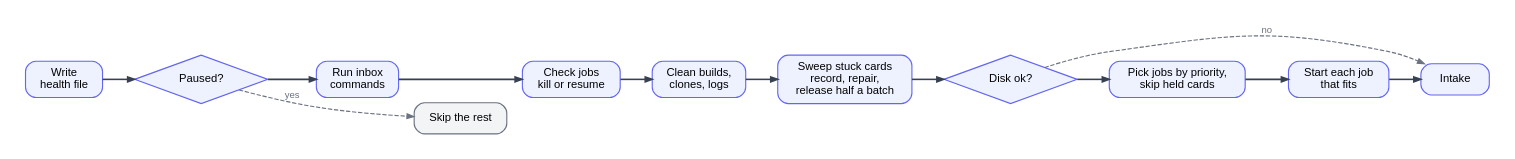
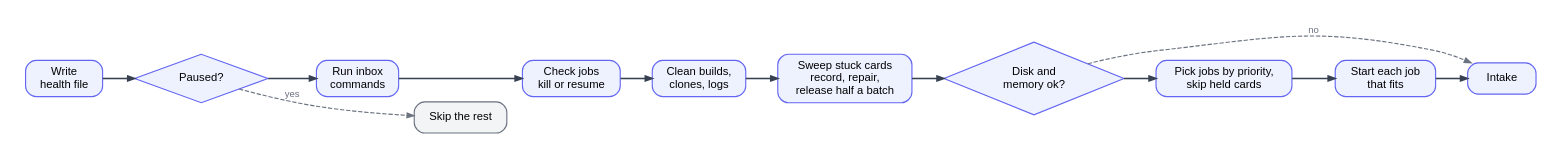
Before and after one commit to ROAM-game-org/road-machiners: the diagram in factory/docs/diagrams/tick.dot, drawn with Graphviz. The commit also changed 10 other files, not shown here.

First line of the commit message:
The tick starts no job while available memory is under FACTORY_MIN_AVAILABLE_GB, and provision keeps the journal on disk (#1204)

```diff
--- a/factory/docs/diagrams/tick.dot
+++ b/factory/docs/diagrams/tick.dot
@@ -1,15 +1,15 @@
 // One tick. Black: normal path. Grey: the tick skips steps. Intake runs last, so its failure never holds back a job.
 // The stuck sweep runs on the board the tick read, and its crash never holds back the jobs.
 digraph tick {
   rankdir=LR; nodesep=0.3; ranksep=0.5; bgcolor=white; pad=0.3;
   node [shape=box, style="rounded,filled", fillcolor="#eef2ff", color="#6366f1", fontname="Helvetica", fontsize=13, margin="0.15,0.1", penwidth=1.3, width=1.1];
   edge [color="#374151", penwidth=1.8, arrowsize=0.8, fontname="Helvetica", fontsize=11];
   H [label="Write\nhealth file"]; Q [label="Paused?", shape=diamond, style=filled, width=1.1]; IN [label="Run inbox\ncommands"];
   J [label="Check jobs\nkill or resume"]; K [label="Intake"]; CL [label="Clean builds,\nclones, logs"];
   SW [label="Sweep stuck cards\nrecord, repair,\nrelease half a batch"];
-  DSK [label="Disk ok?", shape=diamond, style=filled, width=1.1]; PK [label="Pick jobs by priority,\nskip held cards"]; ST [label="Start each job\nthat fits"];
+  DSK [label="Disk and\nmemory ok?", shape=diamond, style=filled, width=1.1]; PK [label="Pick jobs by priority,\nskip held cards"]; ST [label="Start each job\nthat fits"];
   STOP [label="Skip the rest", fillcolor="#f3f4f6", color="#6b7280"];
   H -> Q -> IN -> J -> CL -> SW -> DSK -> PK -> ST -> K [weight=100];
   edge [color="#6b7280", fontcolor="#6b7280", style=dashed, penwidth=1.3, weight=0];
   Q -> STOP [label="yes"]; DSK -> K [label="no"];
 }
```
